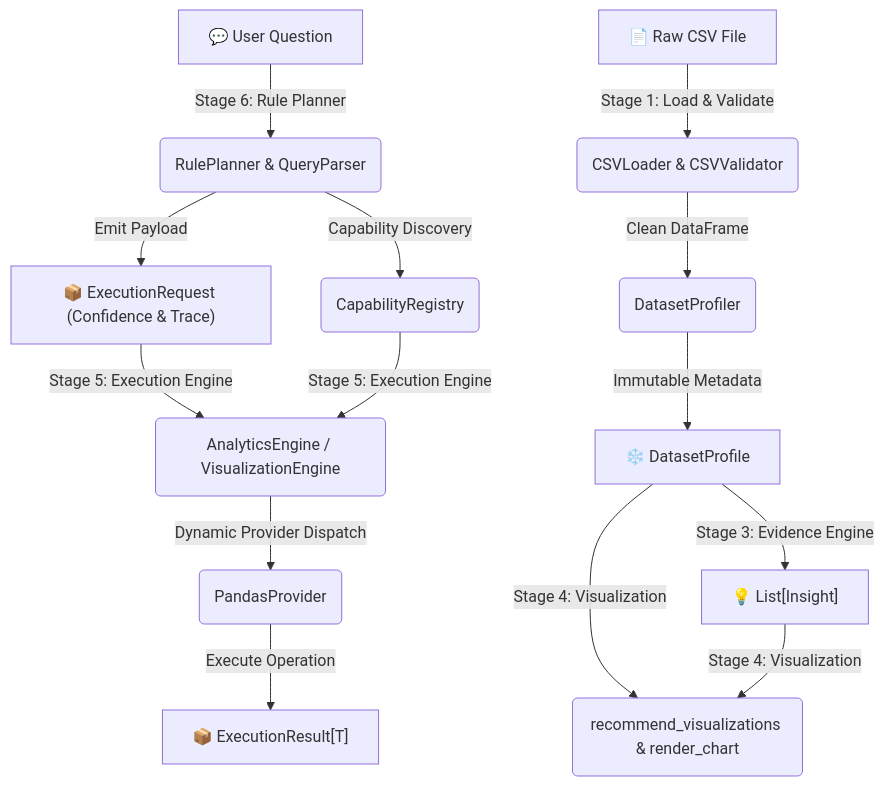
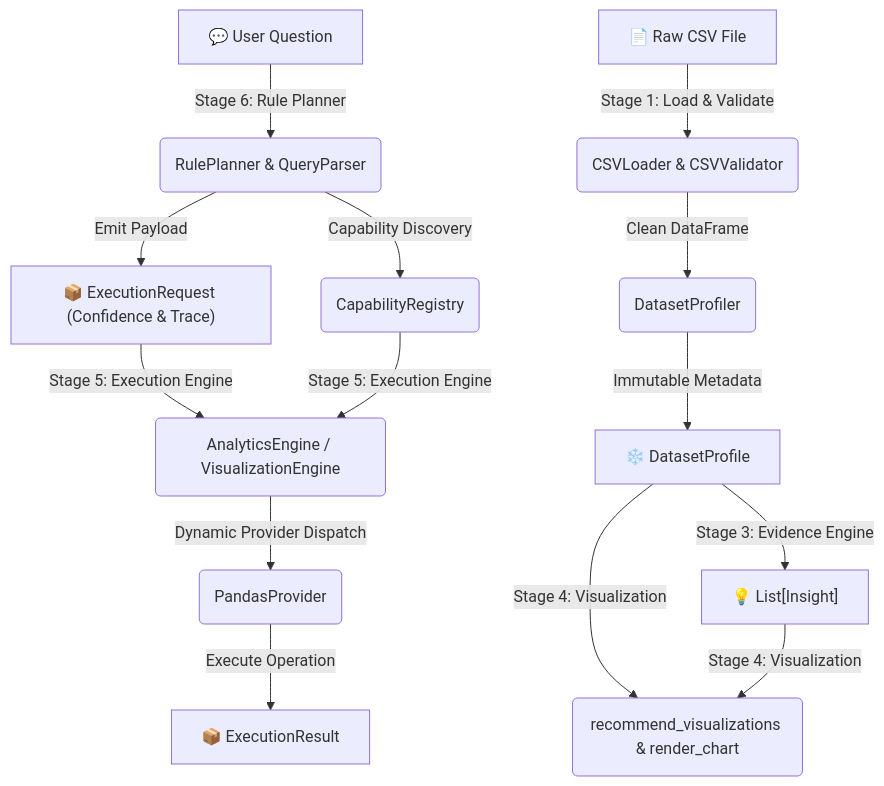
Before and after one commit to Vishaldave45/CSV-Analytics-Agent: the diagram in README.md, drawn with Mermaid. The commit also changed other lines of this file and 73 other files, not shown here.

````diff
--- a/README.md
+++ b/README.md
@@ -46,16 +46,16 @@
 ```mermaid
 flowchart TD
     UserQuery["💬 User Question"] -->|Stage 6: Rule Planner| Planner(RulePlanner & QueryParser)
     Planner -->|Capability Discovery| Reg(CapabilityRegistry)
     Planner -->|Emit Payload| ExecReq["📦 ExecutionRequest (Confidence & Trace)"]
     
     RawCSV[📄 Raw CSV File] -->|Stage 1: Load & Validate| Loader(CSVLoader & CSVValidator)
     Loader -->|Clean DataFrame| Profiler(DatasetProfiler)
     Profiler -->|Immutable Metadata| Profile["❄️ DatasetProfile"]
     Profile -->|Stage 3: Evidence Engine| Insights["💡 List[Insight]"]
     Profile & Insights -->|Stage 4: Visualization| Viz(recommend_visualizations & render_chart)
     
     ExecReq & Reg -->|Stage 5: Execution Engine| Engine(AnalyticsEngine / VisualizationEngine)
     Engine -->|Dynamic Provider Dispatch| Provider(PandasProvider)
-    Provider -->|Execute Operation| Result["📦 ExecutionResult[T]"]
+    Provider -->|Execute Operation| Result["📦 ExecutionResult"]
 ```
````
